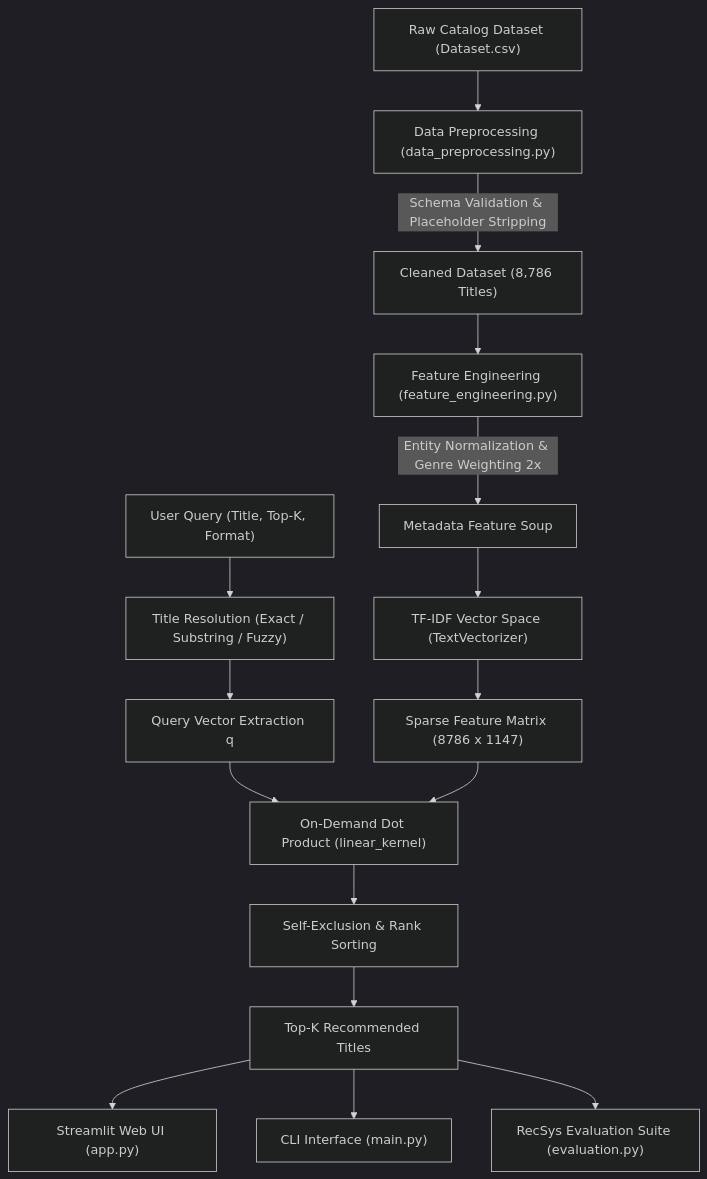
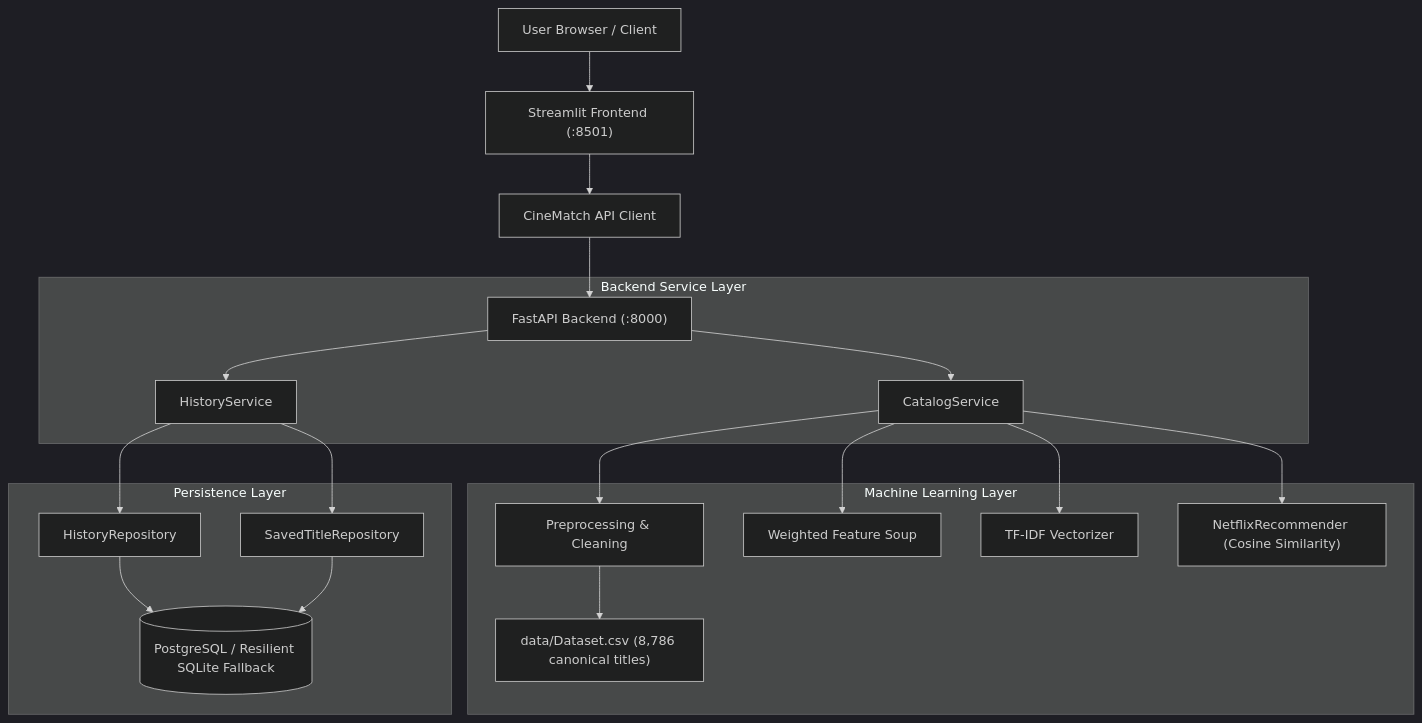
One commit to Samay-P07/netflix-content-recommendation-system changed the diagram in README.md. Above: the diagram before and after it, drawn with Mermaid (dark theme). The commit also changed other lines of this file and 38 other files, not shown here.

Commit message:
feat: complete CineMatch recommendation platform across Milestones 1 to 7

````diff
--- a/README.md
+++ b/README.md
@@ -92,19 +42,26 @@
 ```mermaid
 flowchart TD
-    A["Raw Catalog Dataset (Dataset.csv)"] --> B["Data Preprocessing (data_preprocessing.py)"]
-    B -->|Schema Validation & Placeholder Stripping| C["Cleaned Dataset (8,786 Titles)"]
-    C --> D["Feature Engineering (feature_engineering.py)"]
-    D -->|Entity Normalization & Genre Weighting 2x| E["Metadata Feature Soup"]
-    E --> F["TF-IDF Vector Space (TextVectorizer)"]
-    F --> G["Sparse Feature Matrix (8786 x 1147)"]
+    User["User Browser / Client"] --> UI["Streamlit Frontend (:8501)"]
+    UI --> Client["CineMatch API Client"]
+    Client --> API["FastAPI Backend (:8000)"]
     
-    H["User Query (Title, Top-K, Format)"] --> I["Title Resolution (Exact / Substring / Fuzzy)"]
-    I --> J["Query Vector Extraction q"]
-    J & G --> K["On-Demand Dot Product (linear_kernel)"]
-    K --> L["Self-Exclusion & Rank Sorting"]
-    L --> M["Top-K Recommended Titles"]
-    
-    M --> N["Streamlit Web UI (app.py)"]
-    M --> O["CLI Interface (main.py)"]
-    M --> P["RecSys Evaluation Suite (evaluation.py)"]
+    subgraph Backend_Services["Backend Service Layer"]
+        API --> CatSvc["CatalogService"]
+        API --> HistSvc["HistoryService"]
+    end
+
+    subgraph ML_Layer["Machine Learning Layer"]
+        CatSvc --> Preproc["Preprocessing & Cleaning"]
+        CatSvc --> FeatureSoup["Weighted Feature Soup"]
+        CatSvc --> Vectorizer["TF-IDF Vectorizer"]
+        CatSvc --> Engine["NetflixRecommender (Cosine Similarity)"]
+        Preproc --> Dataset["data/Dataset.csv (8,786 canonical titles)"]
+    end
+
+    subgraph Data_Layer["Persistence Layer"]
+        HistSvc --> HistoryRepo["HistoryRepository"]
+        HistSvc --> SavedRepo["SavedTitleRepository"]
+        HistoryRepo --> DB[(PostgreSQL / Resilient SQLite Fallback)]
+        SavedRepo --> DB
+    end
 ```
````
